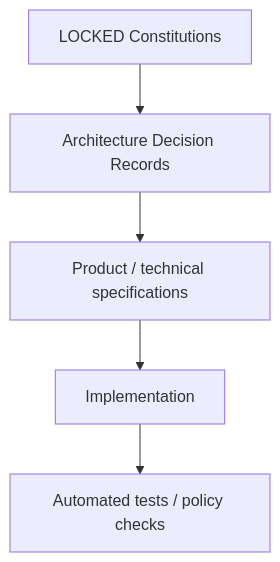
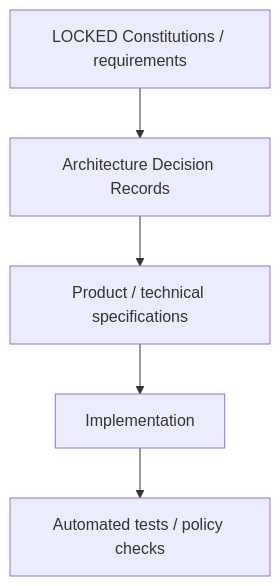
The first of 2 diagrams in docs/README.md (seq23/aplayer-mode), drawn with Mermaid before and after one commit. The commit also changed other lines of this file, not shown here.

````diff
--- a/docs/README.md
+++ b/docs/README.md
@@ -23,7 +32,7 @@
 ```mermaid
 flowchart TD
-  C[LOCKED Constitutions] --> ADR[Architecture Decision Records]
+  C[LOCKED Constitutions / requirements] --> ADR[Architecture Decision Records]
   ADR --> SPEC[Product / technical specifications]
   SPEC --> CODE[Implementation]
   CODE --> TEST[Automated tests / policy checks]
 ```
````
